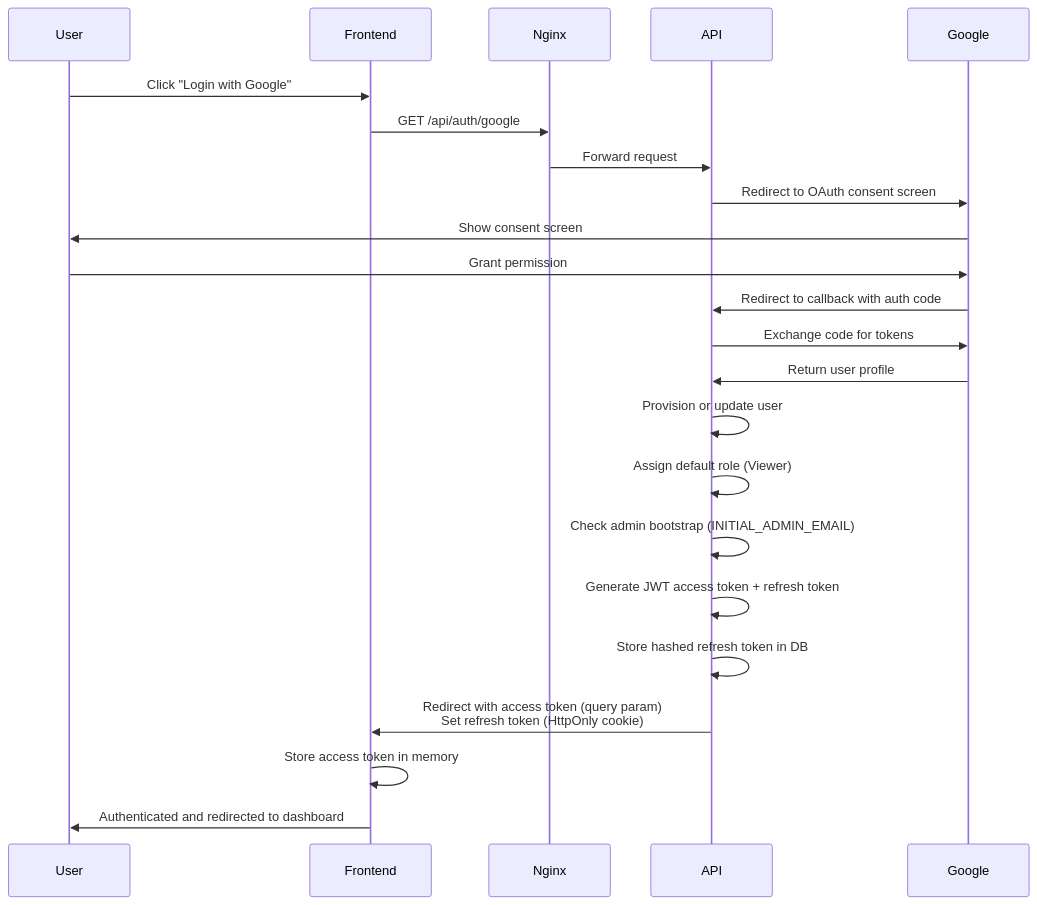
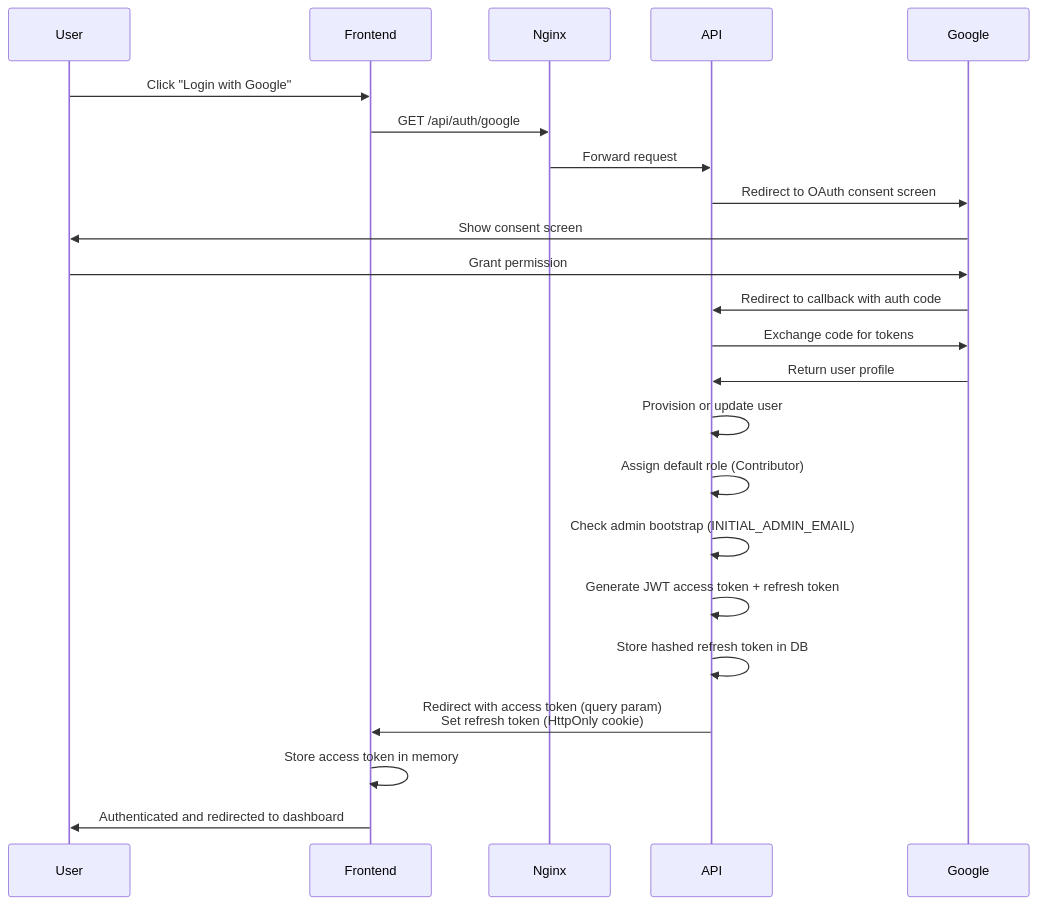
Before and after one commit to marinoscar/Knecta: the first of 8 diagrams in docs/SECURITY-ARCHITECTURE.md, drawn with Mermaid. The commit also changed other lines of this file and 6 other files, not shown here.

First line of the commit message:
docs: update documentation for system-level ownership and default role

````diff
--- a/docs/SECURITY-ARCHITECTURE.md
+++ b/docs/SECURITY-ARCHITECTURE.md
@@ -26,26 +26,26 @@
 ```mermaid
 sequenceDiagram
     participant User
     participant Frontend
     participant Nginx
     participant API
     participant Google
 
     User->>Frontend: Click "Login with Google"
     Frontend->>Nginx: GET /api/auth/google
     Nginx->>API: Forward request
     API->>Google: Redirect to OAuth consent screen
     Google->>User: Show consent screen
     User->>Google: Grant permission
     Google->>API: Redirect to callback with auth code
     API->>Google: Exchange code for tokens
     Google->>API: Return user profile
     API->>API: Provision or update user
-    API->>API: Assign default role (Viewer)
+    API->>API: Assign default role (Contributor)
     API->>API: Check admin bootstrap (INITIAL_ADMIN_EMAIL)
     API->>API: Generate JWT access token + refresh token
     API->>API: Store hashed refresh token in DB
     API->>Frontend: Redirect with access token (query param)<br/>Set refresh token (HttpOnly cookie)
     Frontend->>Frontend: Store access token in memory
     Frontend->>User: Authenticated and redirected to dashboard
 ```
````
